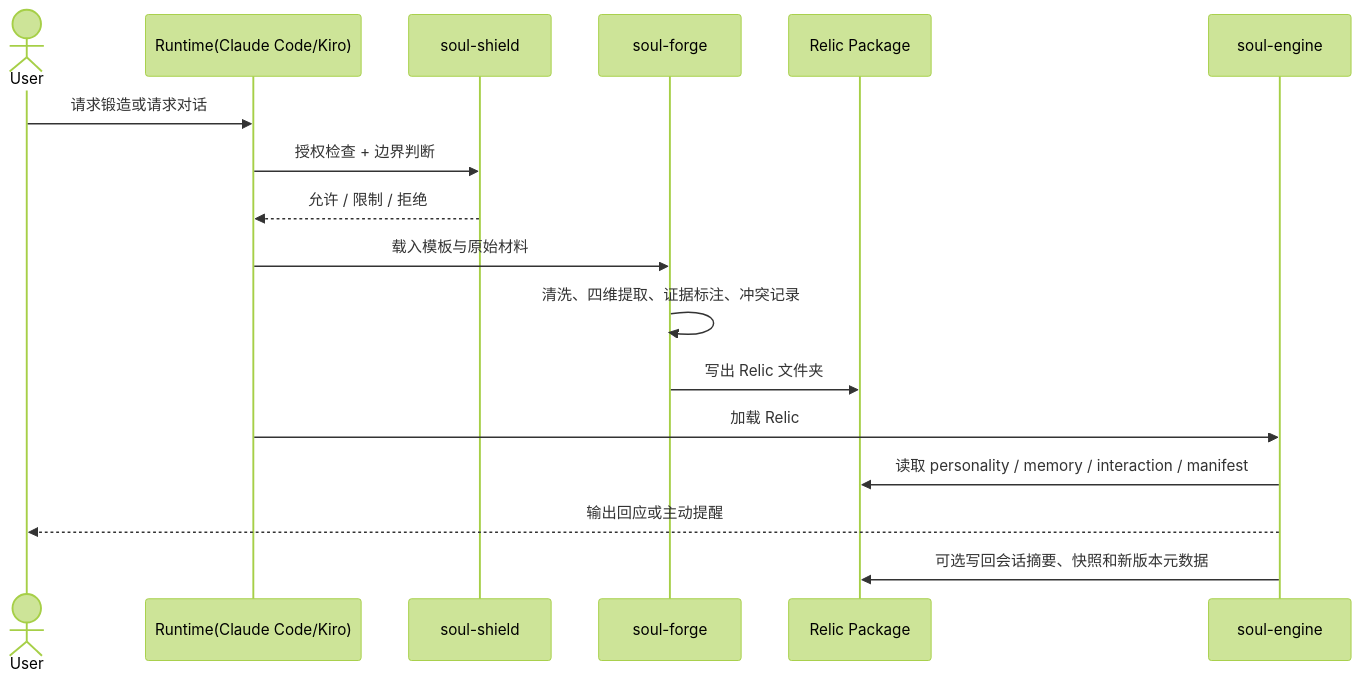
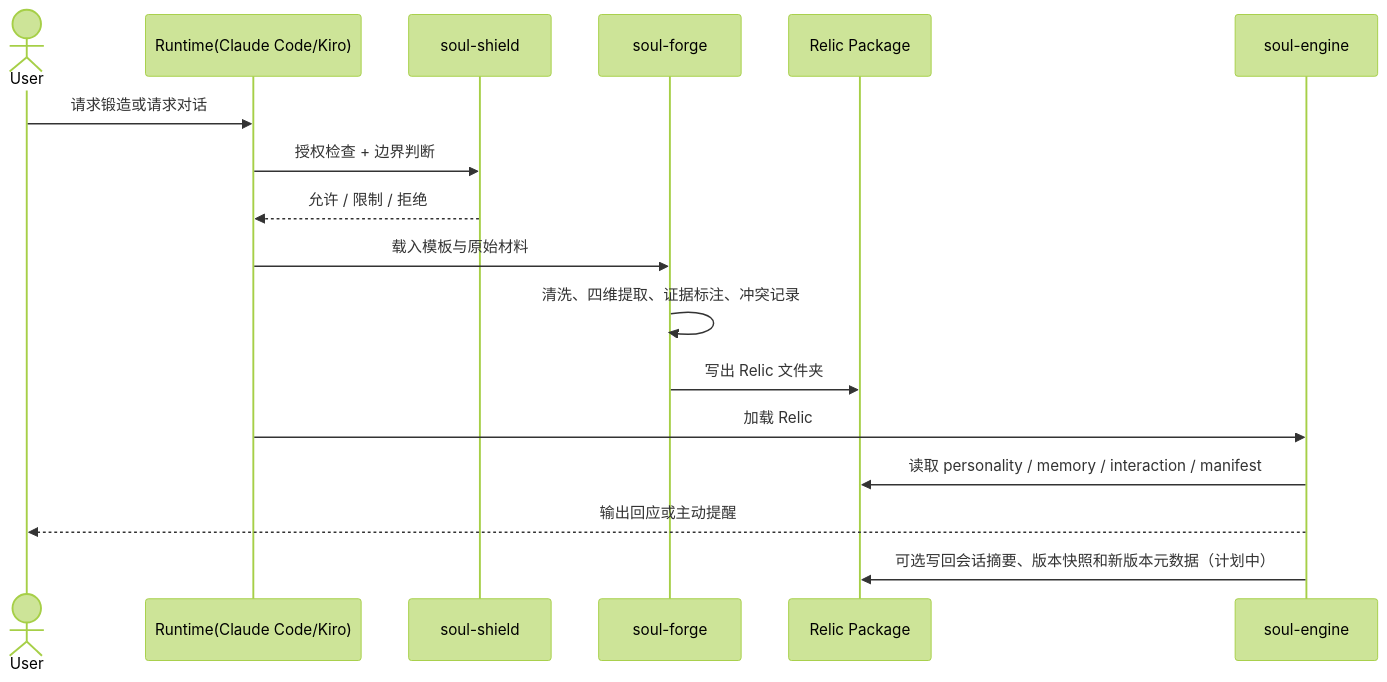
Before and after one commit to Ylsssq926/relic.skill: the second of 2 diagrams in docs/ARCHITECTURE.md, drawn with Mermaid (forest theme). The commit also changed other lines of this file and 5 other files, not shown here.

````diff
--- a/docs/ARCHITECTURE.md
+++ b/docs/ARCHITECTURE.md
@@ -74,20 +74,20 @@
 ```mermaid
 sequenceDiagram
     actor U as User
     participant R as Runtime(Claude Code/Kiro)
     participant S as soul-shield
     participant F as soul-forge
     participant P as Relic Package
     participant E as soul-engine
 
     U->>R: 请求锻造或请求对话
     R->>S: 授权检查 + 边界判断
     S-->>R: 允许 / 限制 / 拒绝
     R->>F: 载入模板与原始材料
     F->>F: 清洗、四维提取、证据标注、冲突记录
     F->>P: 写出 Relic 文件夹
     R->>E: 加载 Relic
     E->>P: 读取 personality / memory / interaction / manifest
     E-->>U: 输出回应或主动提醒
-    E->>P: 可选写回会话摘要、快照和新版本元数据
+    E->>P: 可选写回会话摘要、版本快照和新版本元数据（计划中）
 ```
````
